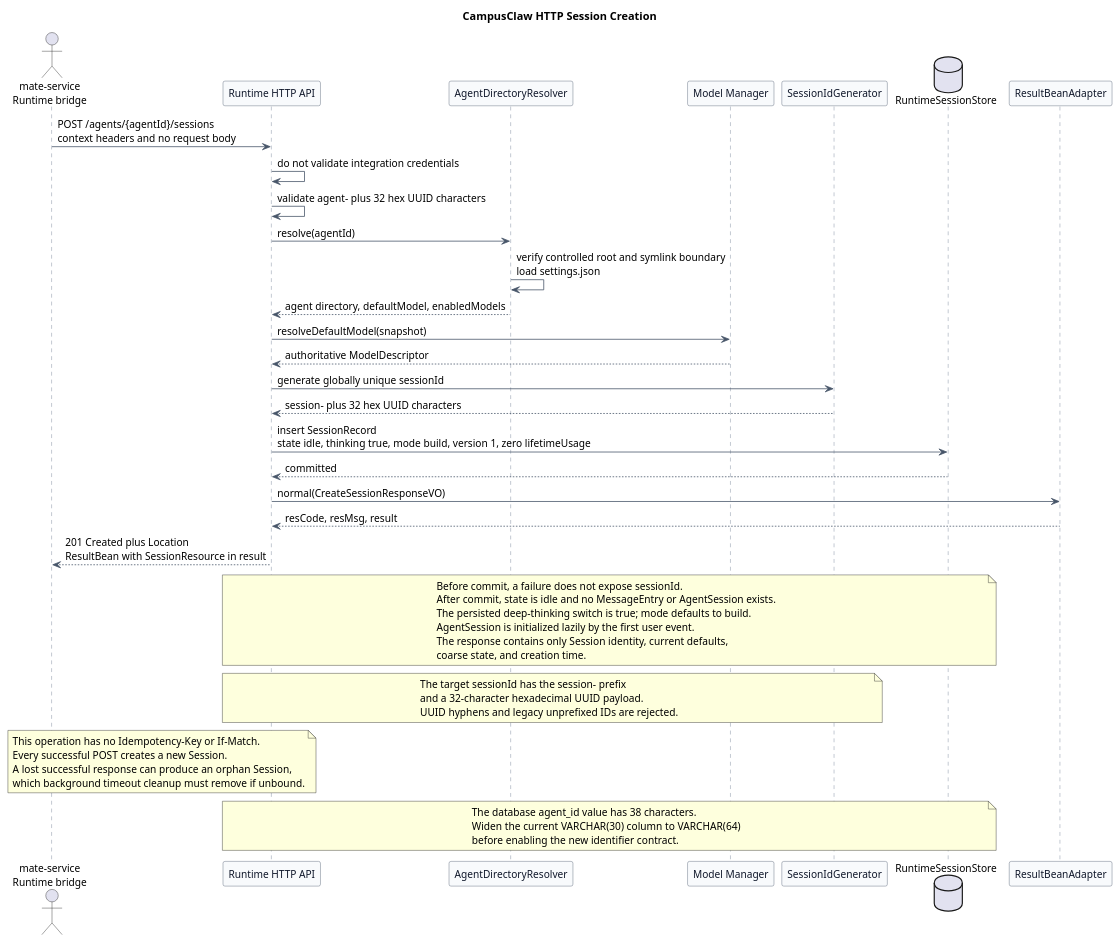
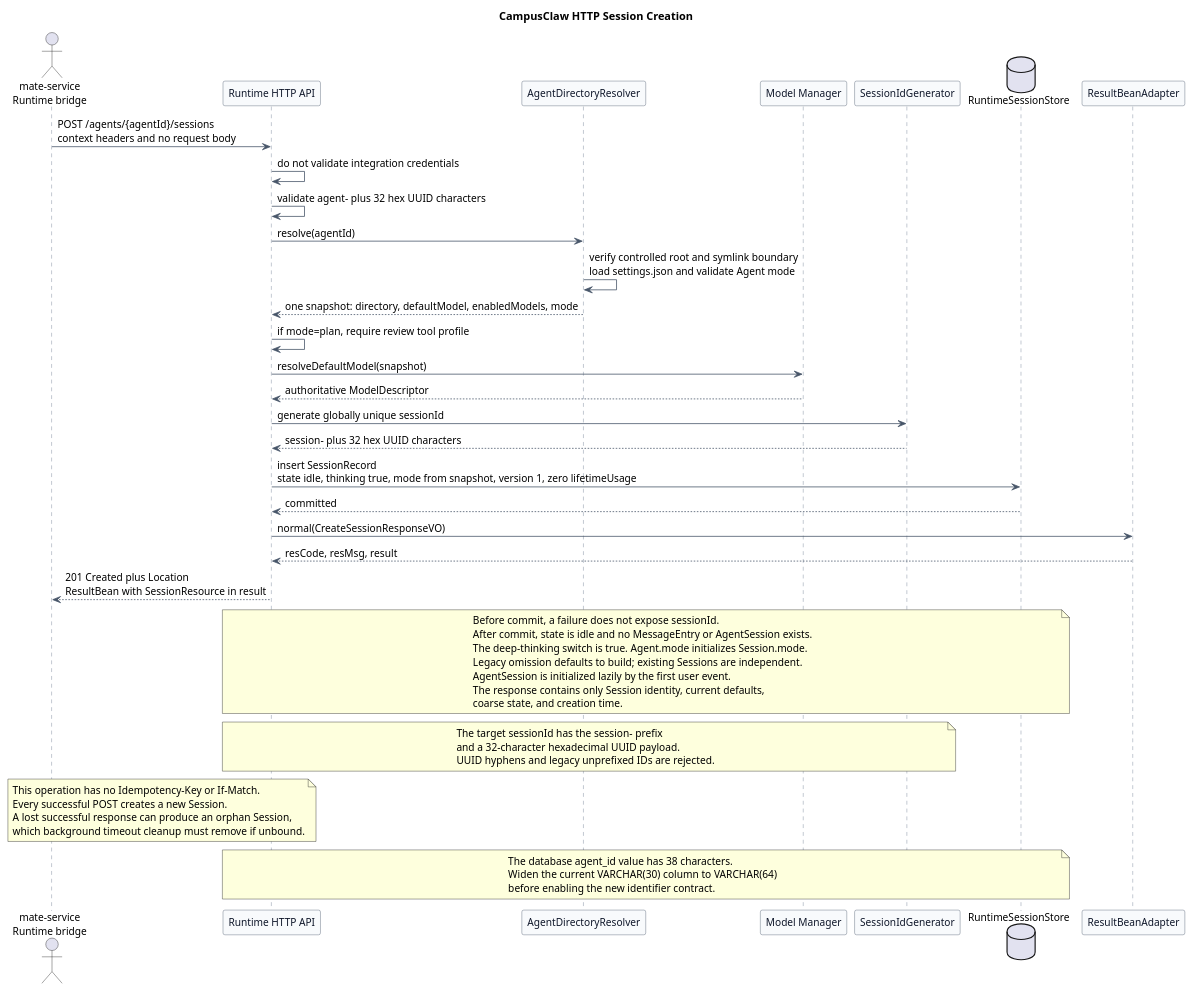
One commit to ssm0808/pi-mono-java-design changed the first of 3 diagrams in 01-总体架构/01-CampusClaw多Agent运行时/设计图/会话生命周期/diagram.puml. Above: the diagram before and after it, drawn with PlantUML. The commit also changed 33 other files, not shown here.

Commit message:
docs(agent): 新增默认 mode 并初始化新会话模式

```diff
--- a/01-总体架构/01-CampusClaw多Agent运行时/设计图/会话生命周期/diagram.puml
+++ b/01-总体架构/01-CampusClaw多Agent运行时/设计图/会话生命周期/diagram.puml
@@ -1,91 +1,95 @@
 @startuml http_session_creation
+' Source: pi-mono-java 09b32d8ea4a4b43b34be302d8b2745bdc417c9a2, modules/coding-agent-cli/src/main/java/com/campusclaw/codingagent/runtimeapi/session/RuntimeSessionService.java :: create/newSession; modules/coding-agent-cli/src/main/java/com/campusclaw/codingagent/runtime/AgentRuntimeManager.java :: prepare/refresh.
+' Target-only: Agent mode is published through settings and copied on creation, never on recovery.
 title CampusClaw HTTP Session Creation
 
 ' Source evidence (pi-mono-java PR 167 f60cc3e78bb8b700527ac082c7c8e10524ede095):
 ' modules/coding-agent-cli/src/main/java/com/campusclaw/codingagent/runtimeapi/session/RuntimeSessionService.java, create.
 ' modules/coding-agent-cli/src/main/java/com/campusclaw/codingagent/runtimeapi/agent/FileAgentDirectoryResolver.java, resolve.
 ' modules/coding-agent-cli/src/main/java/com/campusclaw/codingagent/runtimeapi/web/RuntimeSessionController.java, create.
 ' Source evidence (pi-mono-java 304eda06ff603fc9b6bbcaad0c296cc151a7defb):
 ' modules/coding-agent-cli/src/main/java/com/campusclaw/codingagent/runtimeapi/web/RuntimeSessionController.java, create.
 ' modules/coding-agent-cli/src/main/java/com/campusclaw/codingagent/runtimeapi/vo/CreateSessionResponseVO.java.
 ' Observed behavior: the current Java wire path and response still use agent_id and session_id.
 ' Observed behavior: settings chooses a default model candidate and the model manager validates it.
 ' Observed behavior: current Java accepts agent_ plus 24 alphanumeric characters and persists thinking false.
 ' Observed behavior: RandomSessionIdGenerator.nextId returns 26 Crockford Base32 characters with no prefix.
 ' Architecture change: target Agent and Session IDs use a type prefix plus 32 hex UUID characters.
 ' Architecture change: target HTTP path and payload fields use lowerCamelCase while header names stay unchanged.
 ' Product constraint: successful target creation persists thinking true.
 ' Product constraint: all Runtime operations carry integration-context headers without local validation.
 ' Observed behavior: creation persists an idle Session and does not initialize AgentSession or invoke a model.
 ' Architecture change: the materialized Session starts with zero lifetime Usage.
 ' Design reason: defer expensive runtime initialization until the first accepted user event.
 
 skinparam backgroundColor #FFFFFF
 skinparam shadowing false
 skinparam defaultFontName Arial
 skinparam defaultFontSize 13
 skinparam participant {
   BackgroundColor #F8FAFC
   BorderColor #475569
   FontColor #0F172A
 }
 skinparam ArrowColor #475569
 skinparam sequence {
   LifeLineBorderColor #64748B
   LifeLineBackgroundColor #F8FAFC
   GroupBorderColor #94A3B8
   GroupBackgroundColor #F8FAFC
 }
 
 actor "mate-service\nRuntime bridge" as Mate
 participant "Runtime HTTP API" as API
 participant "AgentDirectoryResolver" as Resolver
 participant "Model Manager" as Models
 participant "SessionIdGenerator" as Ids
 database "RuntimeSessionStore" as Store
 participant "ResultBeanAdapter" as ResultAdapter
 
 Mate -> API : POST /agents/{agentId}/sessions\ncontext headers and no request body
 API -> API : do not validate integration credentials
 API -> API : validate agent- plus 32 hex UUID characters
 API -> Resolver : resolve(agentId)
-Resolver -> Resolver : verify controlled root and symlink boundary\nload settings.json
-Resolver --> API : agent directory, defaultModel, enabledModels
+Resolver -> Resolver : verify controlled root and symlink boundary\nload settings.json and validate Agent mode
+Resolver --> API : one snapshot: directory, defaultModel, enabledModels, mode
+API -> API : if mode=plan, require review tool profile
 API -> Models : resolveDefaultModel(snapshot)
 Models --> API : authoritative ModelDescriptor
 API -> Ids : generate globally unique sessionId
 Ids --> API : session- plus 32 hex UUID characters
-API -> Store : insert SessionRecord\nstate idle, thinking true, mode build, version 1, zero lifetimeUsage
+API -> Store : insert SessionRecord\nstate idle, thinking true, mode from snapshot, version 1, zero lifetimeUsage
 Store --> API : committed
 API -> ResultAdapter : normal(CreateSessionResponseVO)
 ResultAdapter --> API : resCode, resMsg, result
 API --> Mate : 201 Created plus Location\nResultBean with SessionResource in result
 
 note over API,Store
 Before commit, a failure does not expose sessionId.
 After commit, state is idle and no MessageEntry or AgentSession exists.
-The persisted deep-thinking switch is true; mode defaults to build.
+The deep-thinking switch is true. Agent.mode initializes Session.mode.
+Legacy omission defaults to build; existing Sessions are independent.
 AgentSession is initialized lazily by the first user event.
 The response contains only Session identity, current defaults,
 coarse state, and creation time.
 end note
 
 note over API,Ids
 The target sessionId has the session- prefix
 and a 32-character hexadecimal UUID payload.
 UUID hyphens and legacy unprefixed IDs are rejected.
 end note
 
 note over Mate,API
 This operation has no Idempotency-Key or If-Match.
 Every successful POST creates a new Session.
 A lost successful response can produce an orphan Session,
 which background timeout cleanup must remove if unbound.
 end note
 
 note over API,Store
 The database agent_id value has 38 characters.
 Widen the current VARCHAR(30) column to VARCHAR(64)
 before enabling the new identifier contract.
 end note
 @enduml
```
